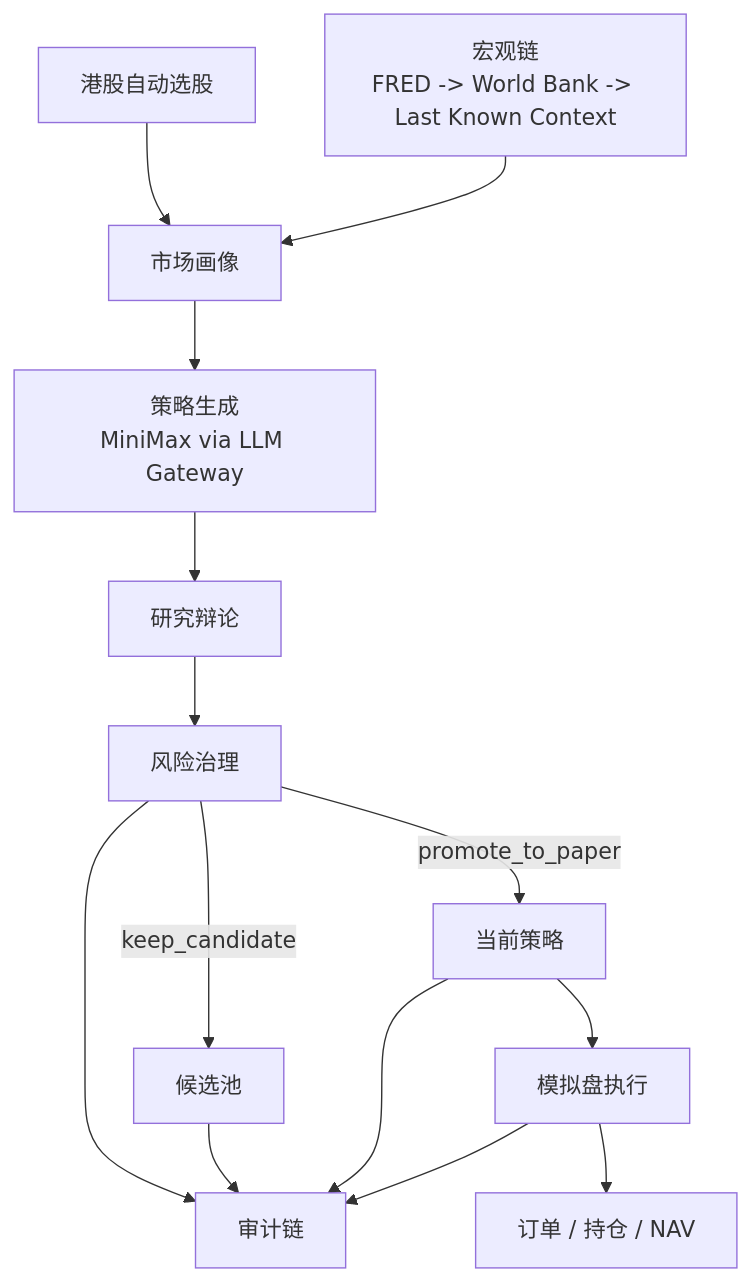
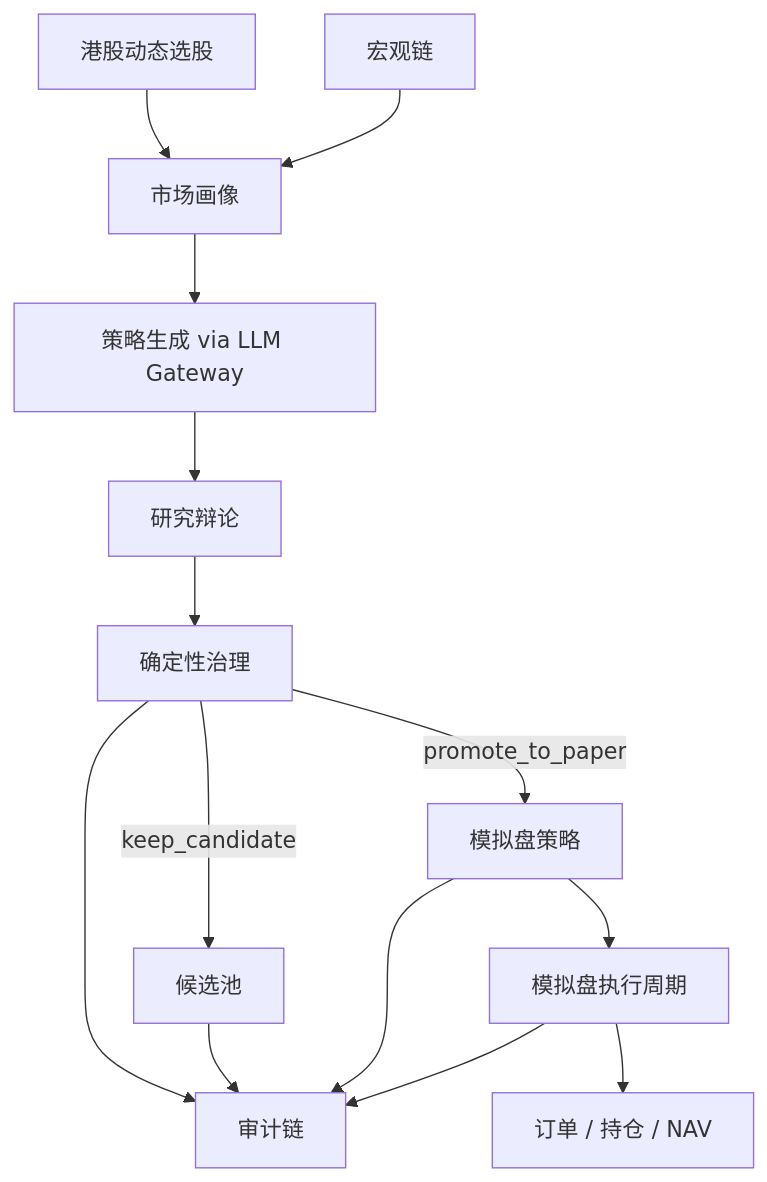
One commit to nullwuwu/openhamster changed the diagram in README.zh-CN.md. Above: the diagram before and after it, drawn with Mermaid. The commit also changed other lines of this file and 190 other files, not shown here.

````diff
--- a/README.zh-CN.md
+++ b/README.zh-CN.md
@@ -97,16 +58,16 @@
 ```mermaid
 flowchart TD
-    A["港股自动选股"] --> B["市场画像"]
-    M["宏观链\nFRED -> World Bank -> Last Known Context"] --> B
-    B --> C["策略生成\nMiniMax via LLM Gateway"]
+    A["港股动态选股"] --> B["市场画像"]
+    M["宏观链"] --> B
+    B --> C["策略生成 via LLM Gateway"]
     C --> D["研究辩论"]
-    D --> E["风险治理"]
+    D --> E["确定性治理"]
     E -->|"keep_candidate"| F["候选池"]
-    E -->|"promote_to_paper"| G["当前策略"]
-    G --> H["模拟盘执行"]
+    E -->|"promote_to_paper"| G["模拟盘策略"]
+    G --> H["模拟盘执行周期"]
     H --> I["订单 / 持仓 / NAV"]
     E --> J["审计链"]
     F --> J
     G --> J
     H --> J
 ```
````
